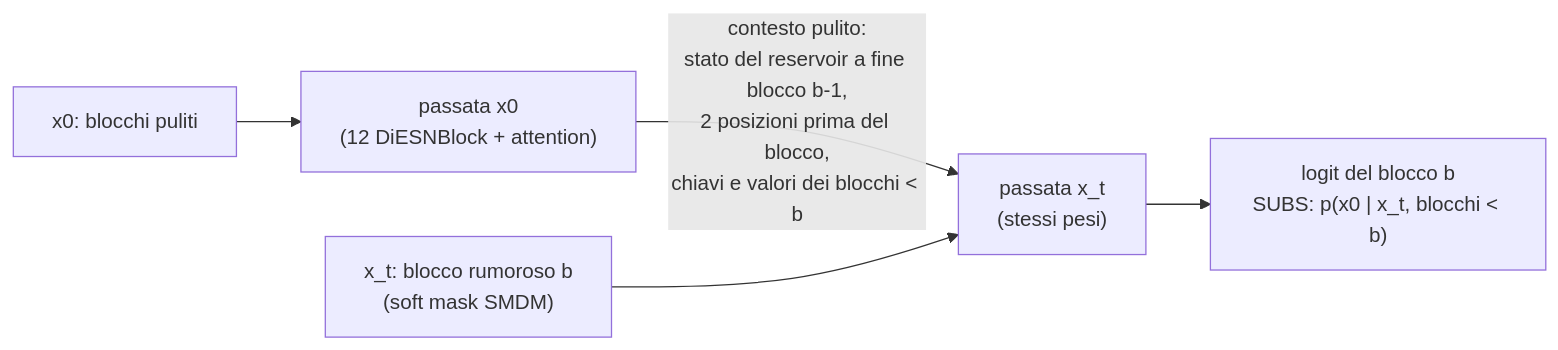
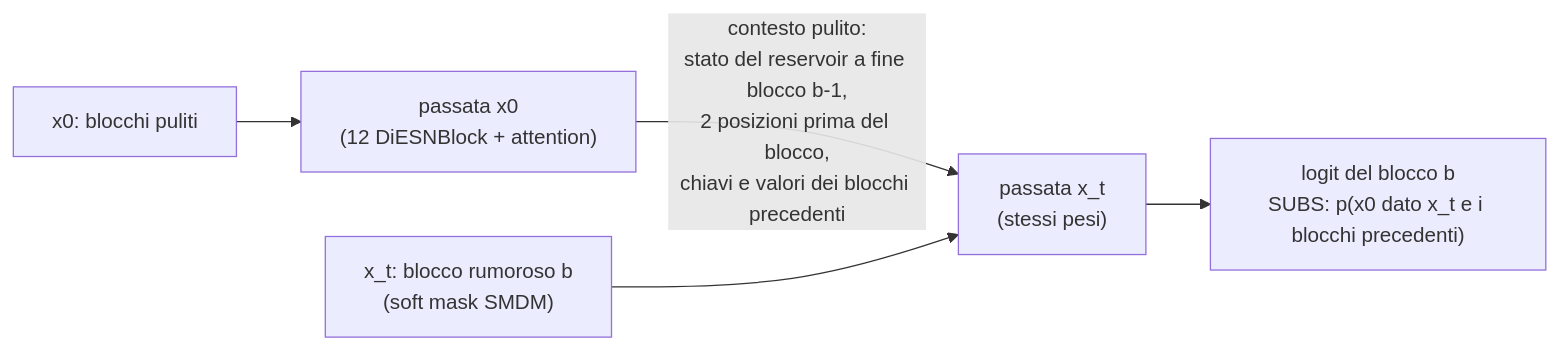
One commit to gbenedetti22/bd3lm-diesn changed the first of 2 diagrams in README.md. Above: the diagram before and after it, drawn with Mermaid.

Commit message:
README: etichette dei diagrammi senza caratteri speciali

````diff
--- a/README.md
+++ b/README.md
@@ -36,7 +36,7 @@
 ```mermaid
 flowchart LR
     X0["x0: blocchi puliti"] --> P0["passata x0<br/>(12 DiESNBlock + attention)"]
-    P0 -->|"contesto pulito:<br/>stato del reservoir a fine blocco b-1,<br/>2 posizioni prima del blocco,<br/>chiavi e valori dei blocchi < b"| PT
+    P0 -->|"contesto pulito:<br/>stato del reservoir a fine blocco b-1,<br/>2 posizioni prima del blocco,<br/>chiavi e valori dei blocchi precedenti"| PT
     XT["x_t: blocco rumoroso b<br/>(soft mask SMDM)"] --> PT["passata x_t<br/>(stessi pesi)"]
-    PT --> L["logit del blocco b<br/>SUBS: p(x0 | x_t, blocchi < b)"]
+    PT --> L["logit del blocco b<br/>SUBS: p(x0 dato x_t e i blocchi precedenti)"]
 ```
````
